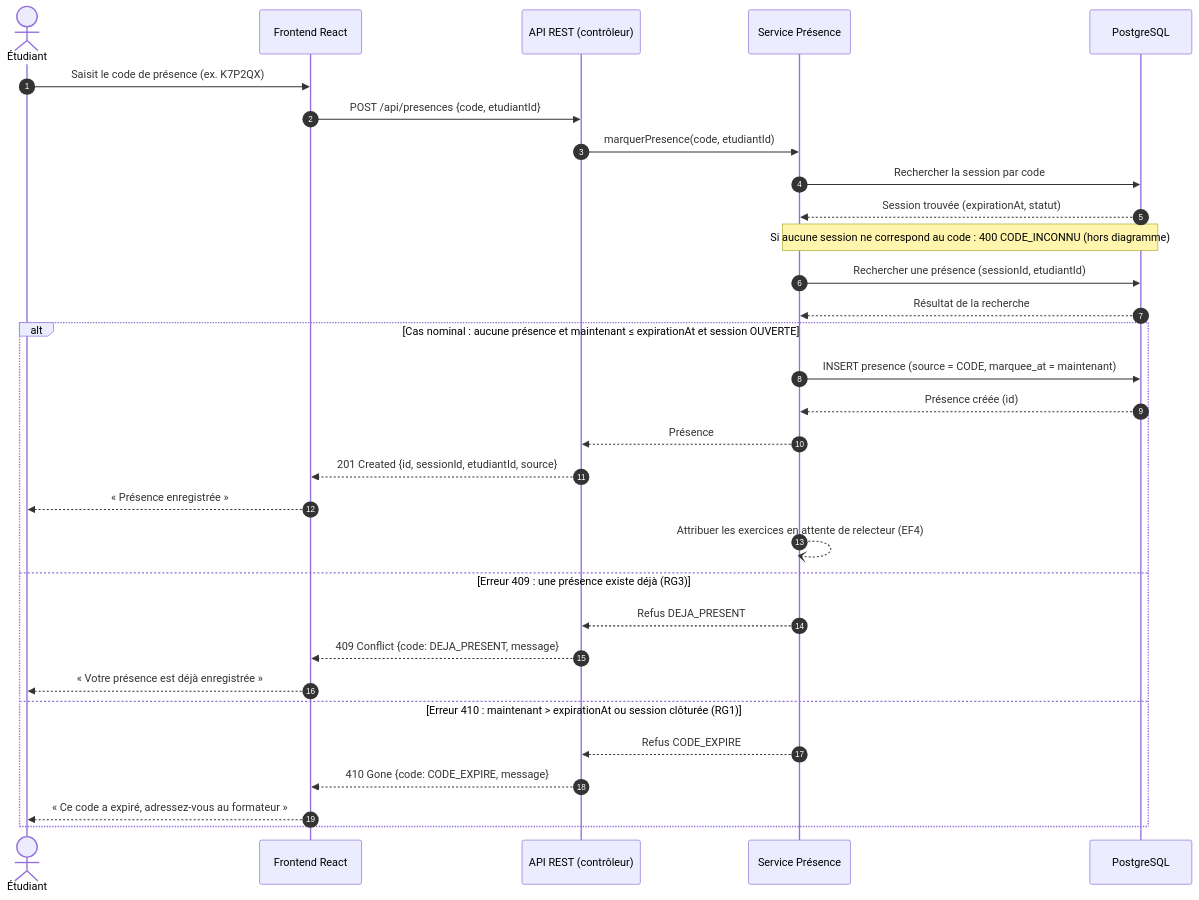
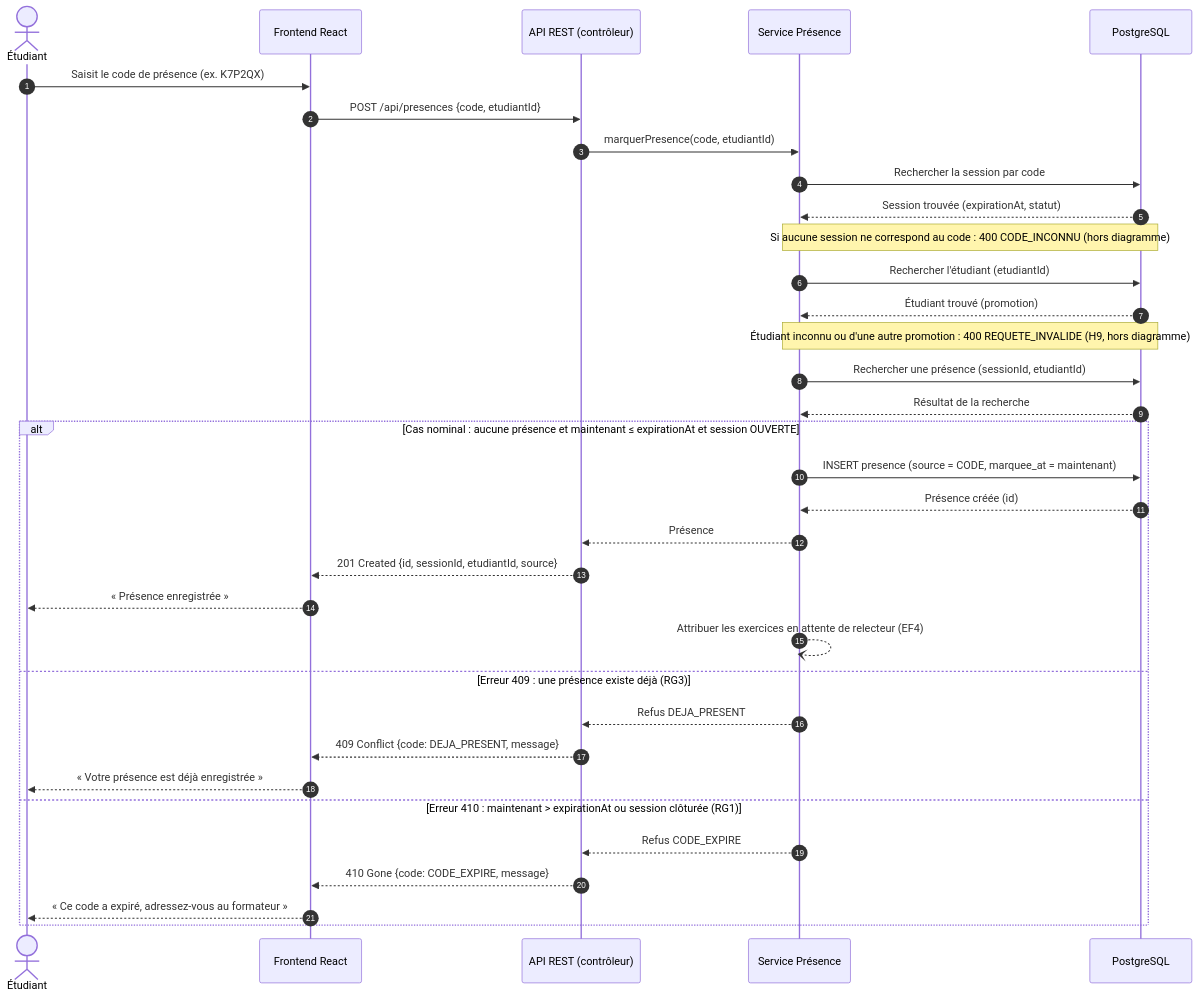
The diagram in docs/diagrammes/D3_sequence.md (cyntiatc/kfokam48-epreuve-265), drawn with Mermaid before and after one commit. The commit also changed other lines of this file and 27 other files, not shown here.

````diff
--- a/docs/diagrammes/D3_sequence.md
+++ b/docs/diagrammes/D3_sequence.md
@@ -7,35 +7,38 @@
 ```mermaid
 sequenceDiagram
     autonumber
     actor E as Étudiant
     participant F as Frontend React
     participant C as API REST (contrôleur)
     participant S as Service Présence
     participant DB as PostgreSQL
 
     E->>F: Saisit le code de présence (ex. K7P2QX)
     F->>C: POST /api/presences {code, etudiantId}
     C->>S: marquerPresence(code, etudiantId)
     S->>DB: Rechercher la session par code
     DB-->>S: Session trouvée (expirationAt, statut)
     Note over S,DB: Si aucune session ne correspond au code : 400 CODE_INCONNU (hors diagramme)
+    S->>DB: Rechercher l'étudiant (etudiantId)
+    DB-->>S: Étudiant trouvé (promotion)
+    Note over S,DB: Étudiant inconnu ou d'une autre promotion : 400 REQUETE_INVALIDE (H9, hors diagramme)
     S->>DB: Rechercher une présence (sessionId, etudiantId)
     DB-->>S: Résultat de la recherche
 
     alt Cas nominal : aucune présence et maintenant ≤ expirationAt et session OUVERTE
         S->>DB: INSERT presence (source = CODE, marquee_at = maintenant)
         DB-->>S: Présence créée (id)
         S-->>C: Présence
         C-->>F: 201 Created {id, sessionId, etudiantId, source}
         F-->>E: « Présence enregistrée »
         S--)S: Attribuer les exercices en attente de relecteur (EF4)
     else Erreur 409 : une présence existe déjà (RG3)
         S-->>C: Refus DEJA_PRESENT
         C-->>F: 409 Conflict {code: DEJA_PRESENT, message}
         F-->>E: « Votre présence est déjà enregistrée »
     else Erreur 410 : maintenant > expirationAt ou session clôturée (RG1)
         S-->>C: Refus CODE_EXPIRE
         C-->>F: 410 Gone {code: CODE_EXPIRE, message}
         F-->>E: « Ce code a expiré, adressez-vous au formateur »
     end
 ```
````
